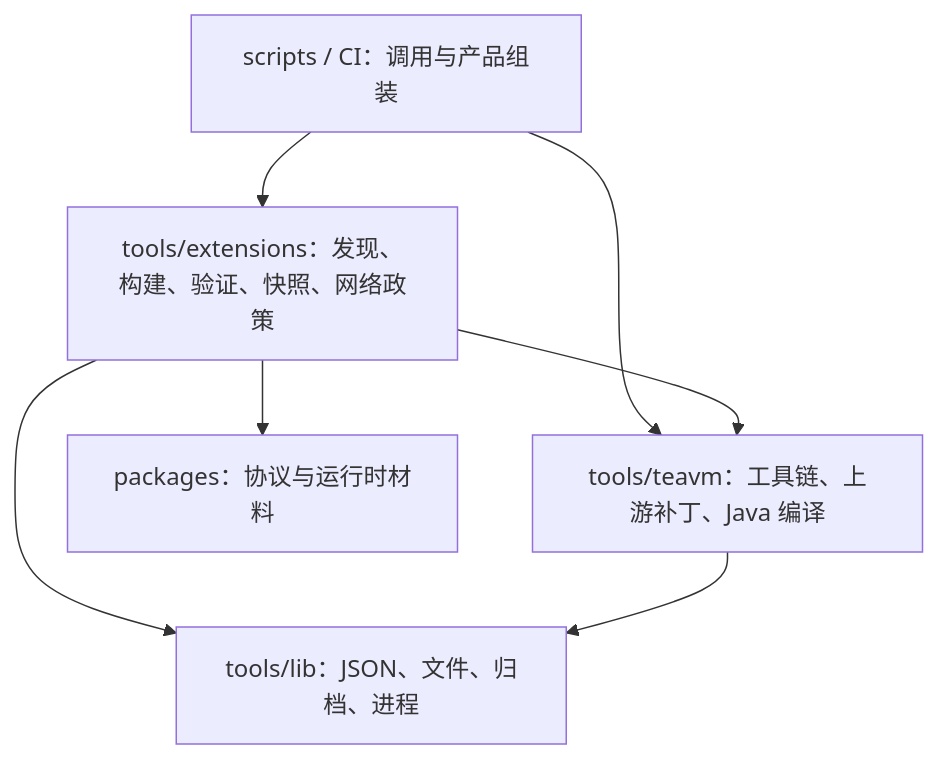
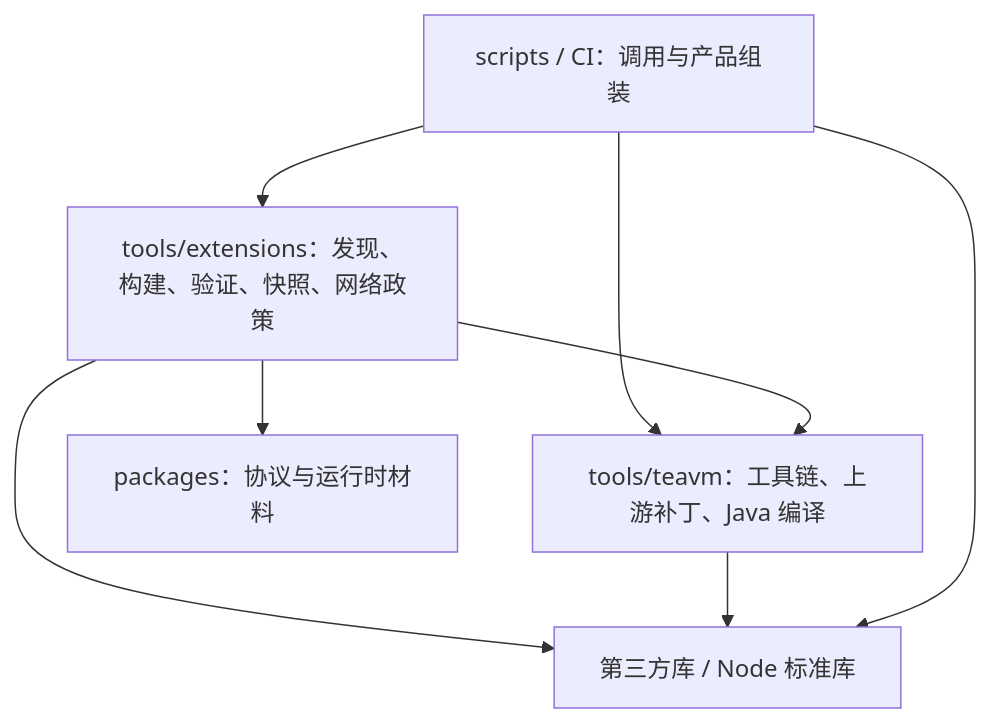
The diagram in docs/TOOLING.md (Wybxc/karuyomi), drawn with Mermaid before and after one commit. The commit also changed other lines of this file and 123 other files, not shown here.

````diff
--- a/docs/TOOLING.md
+++ b/docs/TOOLING.md
@@ -7,9 +9,10 @@
 ```mermaid
 flowchart TD
   CLI["scripts / CI：调用与产品组装"] --> EXT["tools/extensions：发现、构建、验证、快照、网络政策"]
   CLI --> JVM["tools/teavm：工具链、上游补丁、Java 编译"]
   EXT --> JVM
-  EXT --> BASE["tools/lib：JSON、文件、归档、进程"]
+  EXT --> BASE["第三方库 / Node 标准库"]
   JVM --> BASE
+  CLI --> BASE
   EXT --> CONTRACT["packages：协议与运行时材料"]
 ```
````
